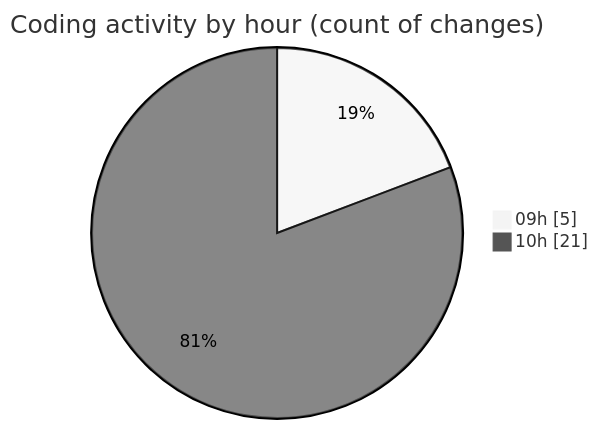
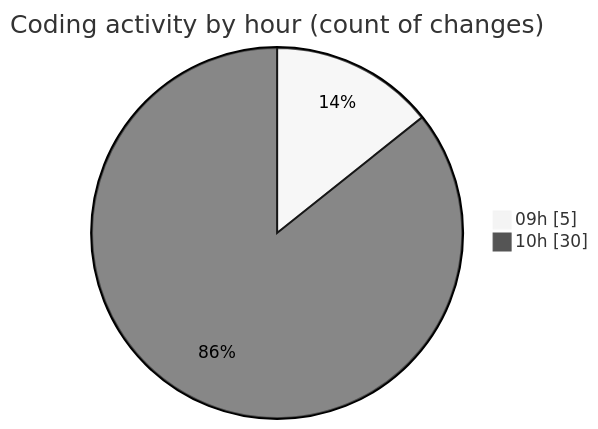
Before and after one commit to CELIANVF/code-tracking: the second of 2 diagrams in 2025-06-02/ecodeli-1/README.md, drawn with Mermaid (neutral theme). The commit also changed other lines of this file and 1 other file, not shown here.

````diff
--- a/2025-06-02/ecodeli-1/README.md
+++ b/2025-06-02/ecodeli-1/README.md
@@ -48,6 +53,6 @@
 ```mermaid
 pie showData
 title Coding activity by hour (count of changes)
 "09h" : 5
-"10h" : 21
+"10h" : 30
 ```
````
